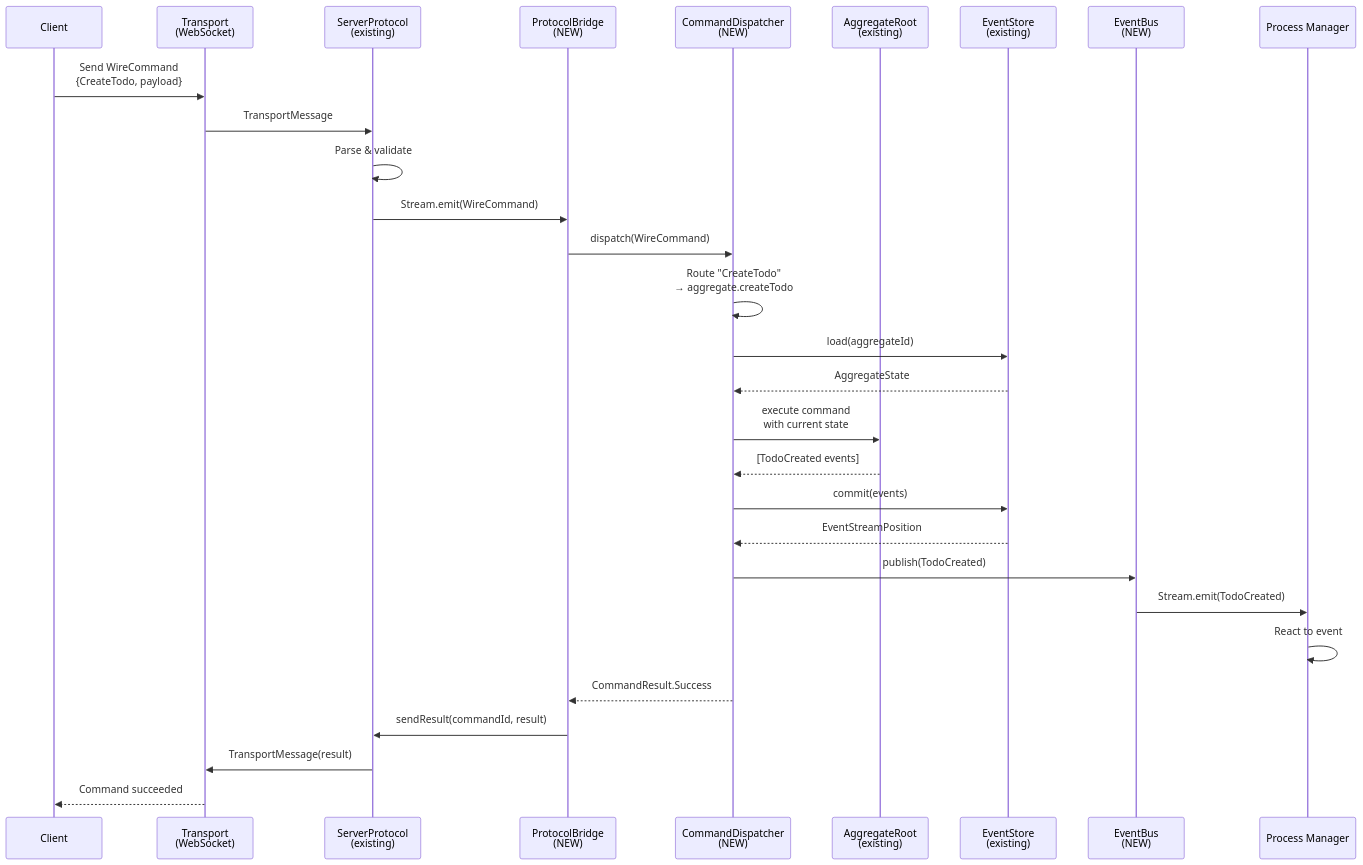
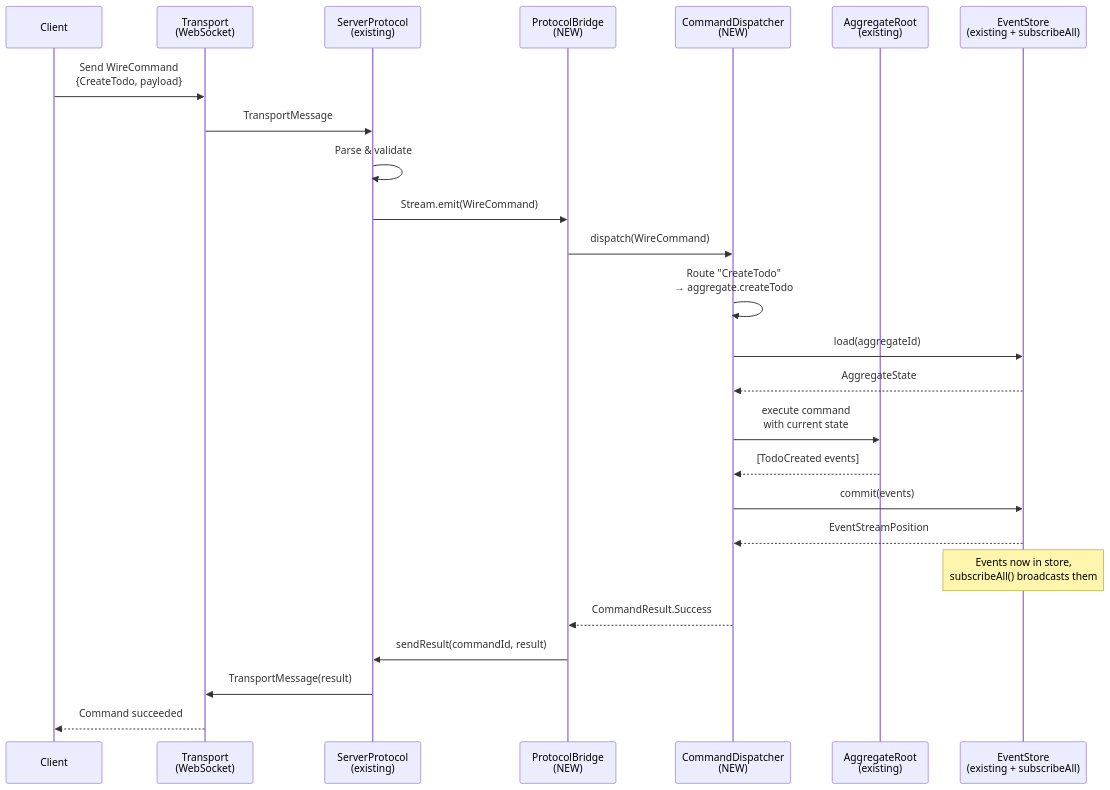
Before and after one commit to CodeForBreakfast/eventsourcing: the first of 6 diagrams in docs/plans/eventsourcing-server-sequence-diagram.md, drawn with Mermaid. The commit also changed other lines of this file and 2 other files, not shown here.

First line of the commit message:
docs: update eventsourcing-server design for EventStore.subscribeAll()

````diff
--- a/docs/plans/eventsourcing-server-sequence-diagram.md
+++ b/docs/plans/eventsourcing-server-sequence-diagram.md
@@ -5,37 +5,33 @@
 ```mermaid
 sequenceDiagram
     participant Client
     participant Transport as Transport<br/>(WebSocket)
     participant Protocol as ServerProtocol<br/>(existing)
     participant Bridge as ProtocolBridge<br/>(NEW)
     participant Dispatcher as CommandDispatcher<br/>(NEW)
     participant Aggregate as AggregateRoot<br/>(existing)
-    participant Store as EventStore<br/>(existing)
-    participant Bus as EventBus<br/>(NEW)
-    participant PM as Process Manager
+    participant Store as EventStore<br/>(existing + subscribeAll)
 
     Client->>Transport: Send WireCommand<br/>{CreateTodo, payload}
     Transport->>Protocol: TransportMessage
     Protocol->>Protocol: Parse & validate
     Protocol->>Bridge: Stream.emit(WireCommand)
 
     Bridge->>Dispatcher: dispatch(WireCommand)
     Dispatcher->>Dispatcher: Route "CreateTodo"<br/>→ aggregate.createTodo
     Dispatcher->>Store: load(aggregateId)
     Store-->>Dispatcher: AggregateState
 
     Dispatcher->>Aggregate: execute command<br/>with current state
     Aggregate-->>Dispatcher: [TodoCreated events]
 
     Dispatcher->>Store: commit(events)
     Store-->>Dispatcher: EventStreamPosition
 
-    Dispatcher->>Bus: publish(TodoCreated)
-    Bus->>PM: Stream.emit(TodoCreated)
-    PM->>PM: React to event
+    Note over Store: Events now in store,<br/>subscribeAll() broadcasts them
 
     Dispatcher-->>Bridge: CommandResult.Success
     Bridge->>Protocol: sendResult(commandId, result)
     Protocol->>Transport: TransportMessage(result)
     Transport-->>Client: Command succeeded
 ```
````
